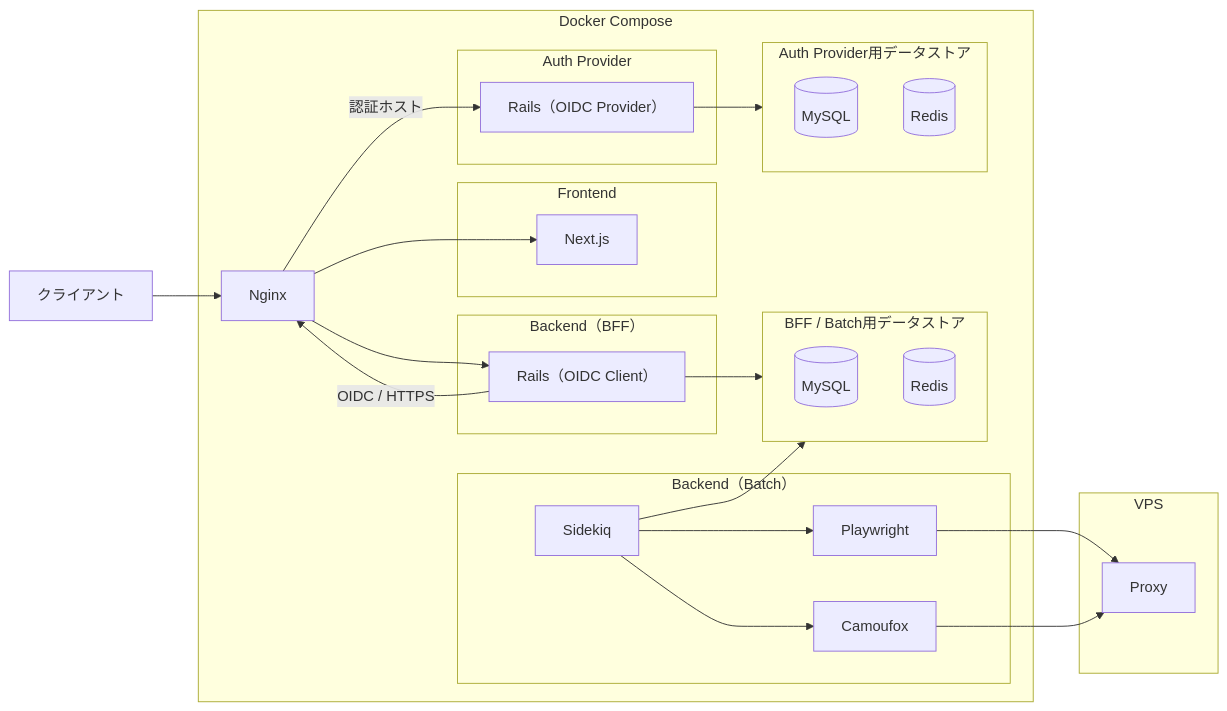
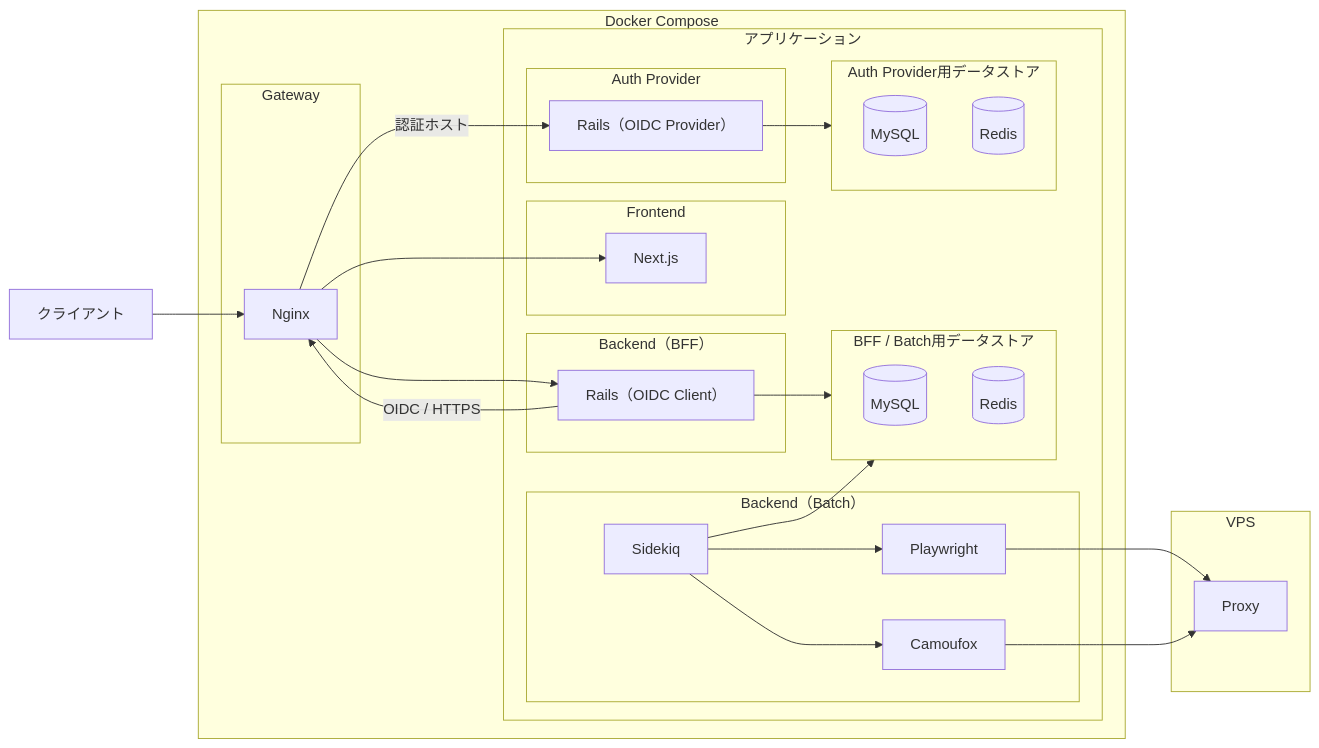
One commit to kuroweb/price-monitoring changed the first of 2 diagrams in README.md. Above: the diagram before and after it, drawn with Mermaid.

Commit message:
docs: Development のインフラ構成図を Production と同じ入れ子構造に揃える
エッジ定義は同一だが、Nginx とアプリ群を包むサブグラフの有無が環境で
異なり、Mermaid の自動レイアウトで位置関係がずれていた。Development にも
Gateway とアプリケーションのサブグラフを設け、Production と同じ構造にする。

````diff
--- a/README.md
+++ b/README.md
@@ -33,49 +33,53 @@
 ```mermaid
 flowchart LR
   subgraph environment["Docker Compose"]
-    gateway["Nginx"]
-
-    subgraph frontend["Frontend"]
-      nextjs["Next.js"]
+    subgraph ingress["Gateway"]
+      gateway["Nginx"]
     end
 
-    subgraph backend["Backend（BFF）"]
-      rails["Rails（OIDC Client）"]
-    end
+    subgraph application["アプリケーション"]
+      subgraph frontend["Frontend"]
+        nextjs["Next.js"]
+      end
 
-    subgraph batch["Backend（Batch）"]
-      sidekiq["Sidekiq"]
-      playwright["Playwright"]
-      camoufox["Camoufox"]
-    end
+      subgraph backend["Backend（BFF）"]
+        rails["Rails（OIDC Client）"]
+      end
 
-    subgraph backend_data["BFF / Batch用データストア"]
-      mysql[(MySQL)]
-      redis[(Redis)]
-    end
+      subgraph batch["Backend（Batch）"]
+        sidekiq["Sidekiq"]
+        playwright["Playwright"]
+        camoufox["Camoufox"]
+      end
 
-    subgraph auth["Auth Provider"]
-      auth_rails["Rails（OIDC Provider）"]
-    end
+      subgraph backend_data["BFF / Batch用データストア"]
+        mysql[(MySQL)]
+        redis[(Redis)]
+      end
 
-    subgraph auth_data["Auth Provider用データストア"]
-      auth_mysql[(MySQL)]
-      auth_redis[(Redis)]
+      subgraph auth["Auth Provider"]
+        auth_rails["Rails（OIDC Provider）"]
+      end
+
+      subgraph auth_data["Auth Provider用データストア"]
+        auth_mysql[(MySQL)]
+        auth_redis[(Redis)]
+      end
     end
   end
 
   subgraph vps["VPS"]
     proxy["Proxy"]
   end
 
   client["クライアント"] --> gateway
   gateway --> nextjs
   gateway --> rails
   gateway -->|認証ホスト| auth_rails
   rails -->|OIDC / HTTPS| gateway
   rails --> backend_data
   sidekiq --> backend_data
   auth_rails --> auth_data
   sidekiq --> playwright --> proxy
   sidekiq --> camoufox --> proxy
 ```
````
